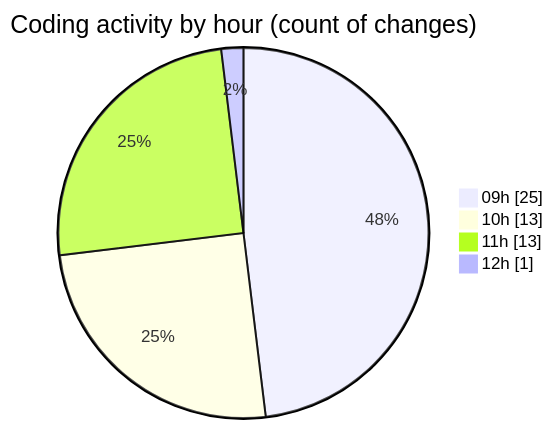
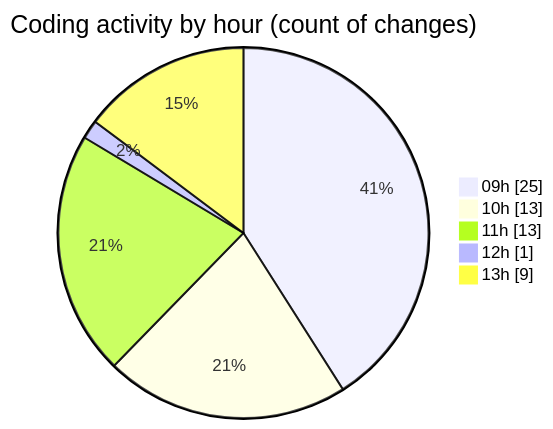
One commit to momahboobian/code-tracking changed the second of 2 diagrams in 2025-05-07/cda/README.md. Above: the diagram before and after it, drawn with Mermaid. The commit also changed other lines of this file and 1 other file, not shown here.

````diff
--- a/2025-05-07/cda/README.md
+++ b/2025-05-07/cda/README.md
@@ -58,8 +64,9 @@
 ```mermaid
 pie showData
 title Coding activity by hour (count of changes)
 "09h" : 25
 "10h" : 13
 "11h" : 13
 "12h" : 1
+"13h" : 9
 ```
````
